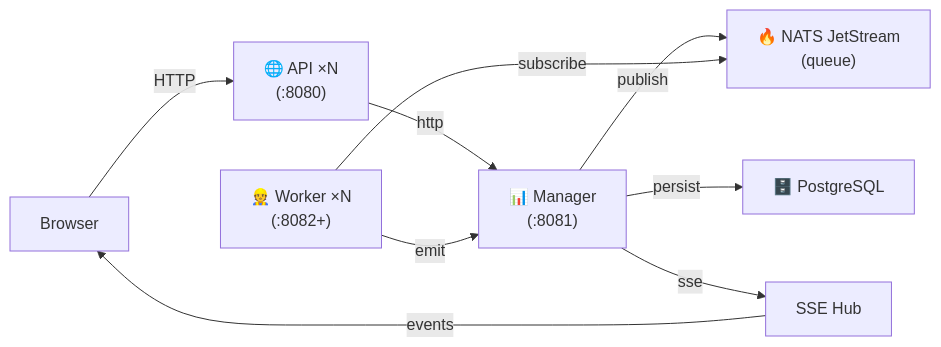
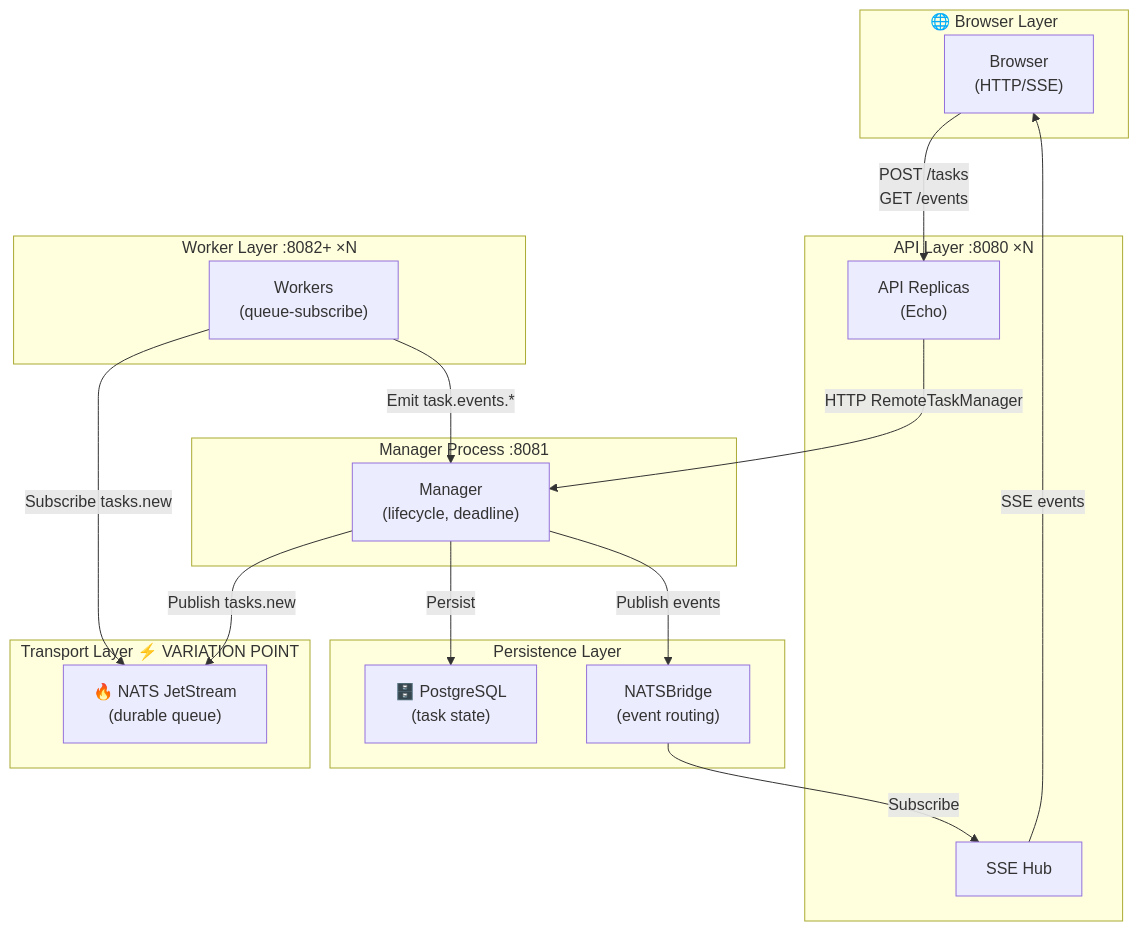
One commit to deyarchit/work-distribution-patterns changed the fifth of 7 diagrams in README.md. Above: the diagram before and after it, drawn with Mermaid. The commit also changed other lines of this file, not shown here.

First line of the commit message:
Refactor diagrams with layered architecture

````diff
--- a/README.md
+++ b/README.md
@@ -87,11 +189,38 @@
 ```mermaid
-graph LR
-    Browser -->|HTTP| API["🌐 API ×N<br/>(:8080)"]
-    API -->|http| Manager["📊 Manager<br/>(:8081)"]
-    Manager -->|publish| NATS["🔥 NATS JetStream<br/>(queue)"]
-    Worker["👷 Worker ×N<br/>(:8082+)"] -->|subscribe| NATS
-    Worker -->|emit| Manager
-    Manager -->|persist| PG["🗄️ PostgreSQL"]
-    Manager -->|sse| Hub["SSE Hub"]
-    Hub -->|events| Browser
+graph TB
+    subgraph L1["🌐 Browser Layer"]
+        Browser["Browser<br/>(HTTP/SSE)"]
+    end
+
+    subgraph L2["API Layer :8080 ×N"]
+        APIs["API Replicas<br/>(Echo)"]
+        SSEHub["SSE Hub"]
+    end
+
+    subgraph L3["Manager Process :8081"]
+        Manager["Manager<br/>(lifecycle, deadline)"]
+    end
+
+    subgraph L4["Transport Layer ⚡ VARIATION POINT"]
+        NATS["🔥 NATS JetStream<br/>(durable queue)"]
+    end
+
+    subgraph L5["Worker Layer :8082+ ×N"]
+        Workers["Workers<br/>(queue-subscribe)"]
+    end
+
+    subgraph L6["Persistence Layer"]
+        EventBridge["NATSBridge<br/>(event routing)"]
+        PG["🗄️ PostgreSQL<br/>(task state)"]
+    end
+
+    Browser -->|POST /tasks<br/>GET /events| APIs
+    APIs -->|HTTP RemoteTaskManager| Manager
+    Manager -->|Publish tasks.new| NATS
+    Workers -->|Subscribe tasks.new| NATS
+    Workers -->|Emit task.events.*| Manager
+    Manager -->|Persist| PG
+    Manager -->|Publish events| EventBridge
+    EventBridge -->|Subscribe| SSEHub
+    SSEHub -->|SSE events| Browser
 ```
````
